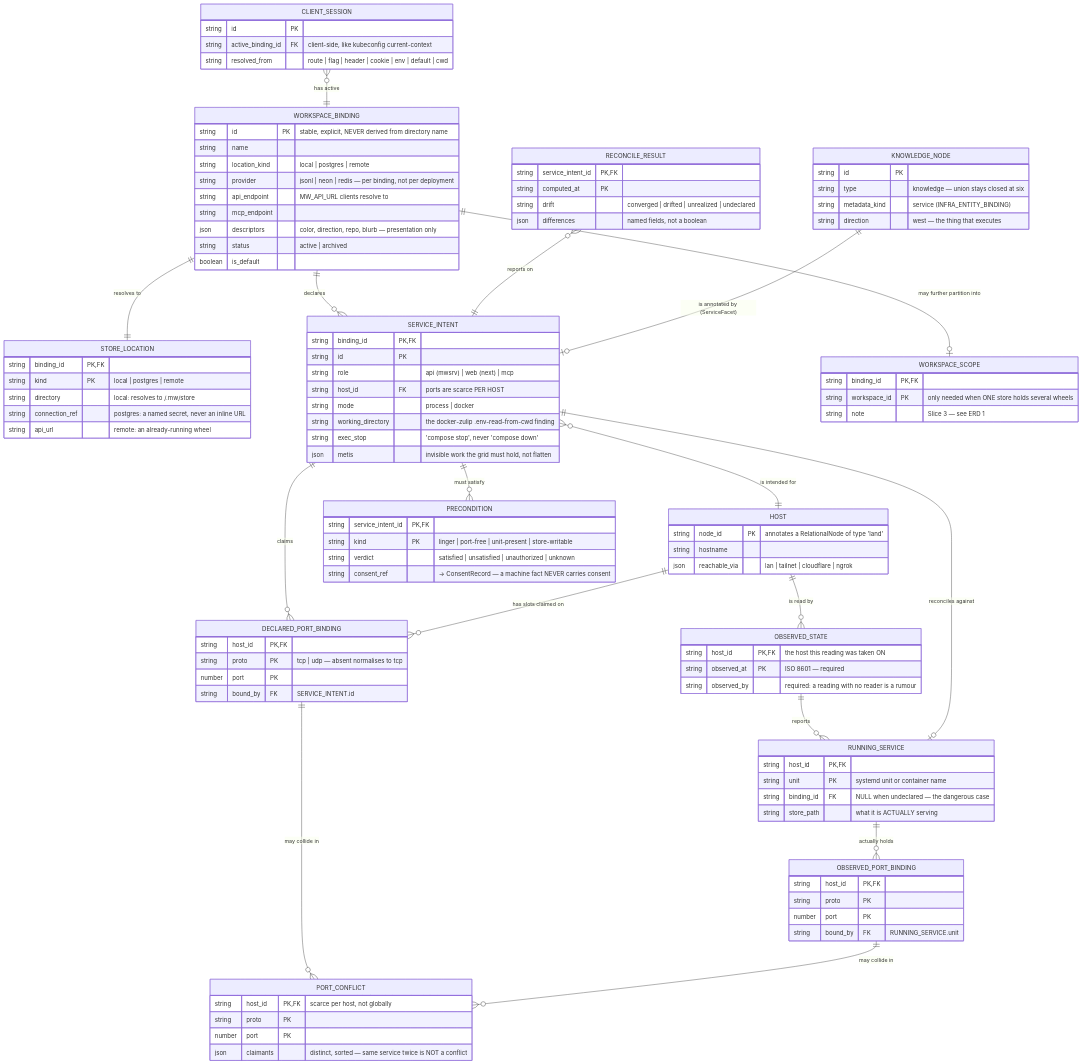
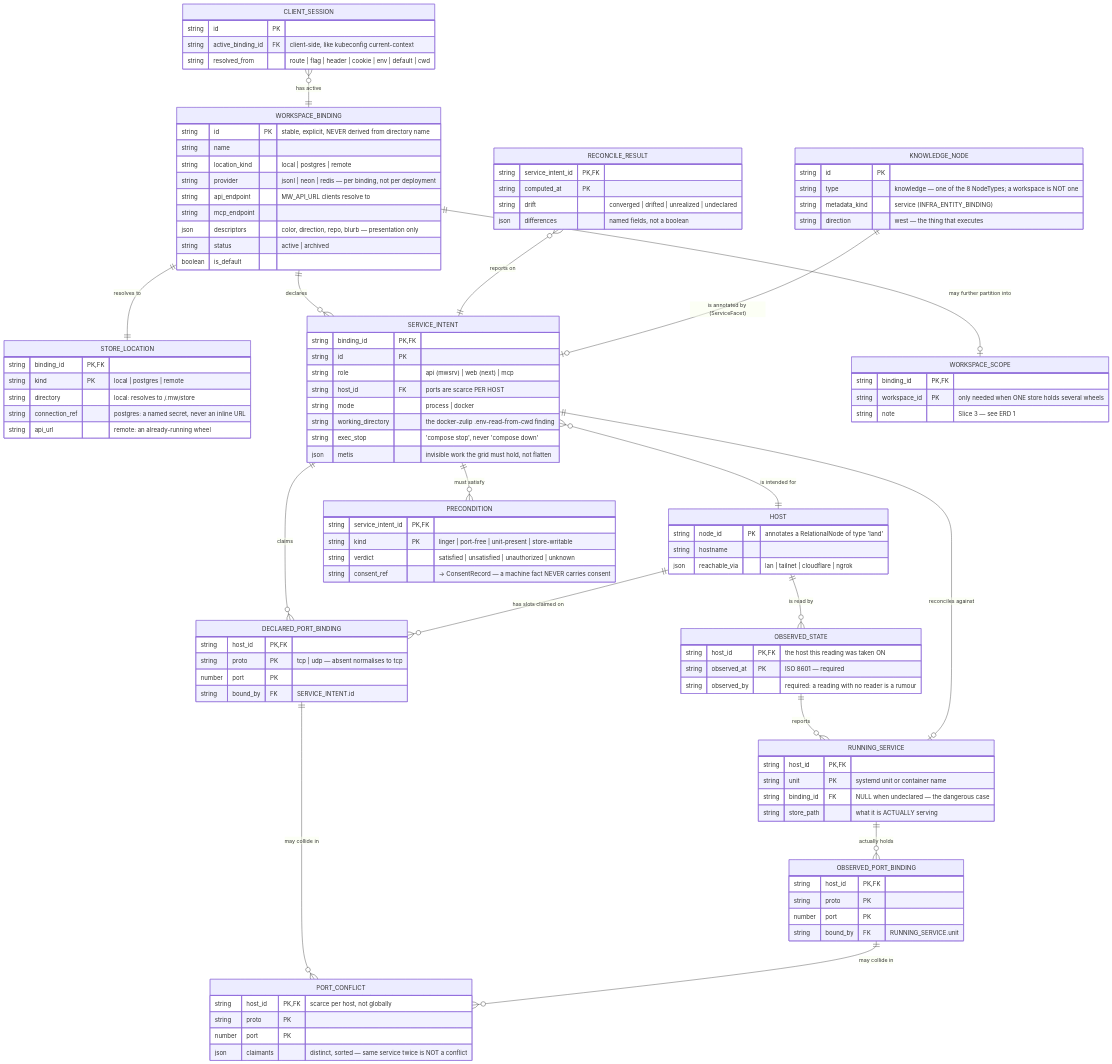
The first of 2 diagrams in rispecs/workspace/workspace-erd-services.md (jgwill/medicine-wheel), drawn with Mermaid before and after one commit. The commit also changed 6 other files, not shown here.

```diff
--- a/rispecs/workspace/workspace-erd-services.md
+++ b/rispecs/workspace/workspace-erd-services.md
@@ -166,7 +166,7 @@
 
     KNOWLEDGE_NODE {
         string id PK
-        string type "knowledge — union stays closed at six"
+        string type "knowledge — one of the 8 NodeTypes; a workspace is NOT one"
         string metadata_kind "service (INFRA_ENTITY_BINDING)"
         string direction "west — the thing that executes"
     }
```
